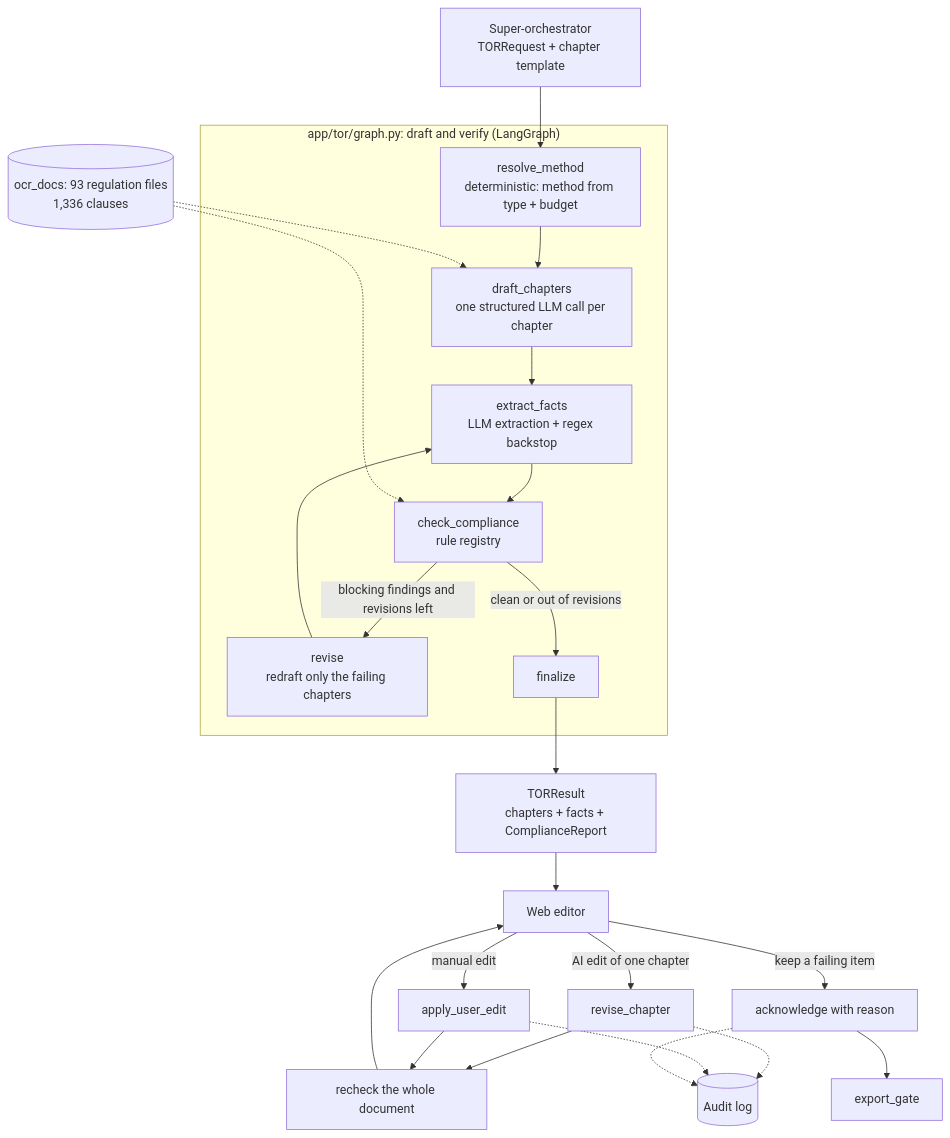
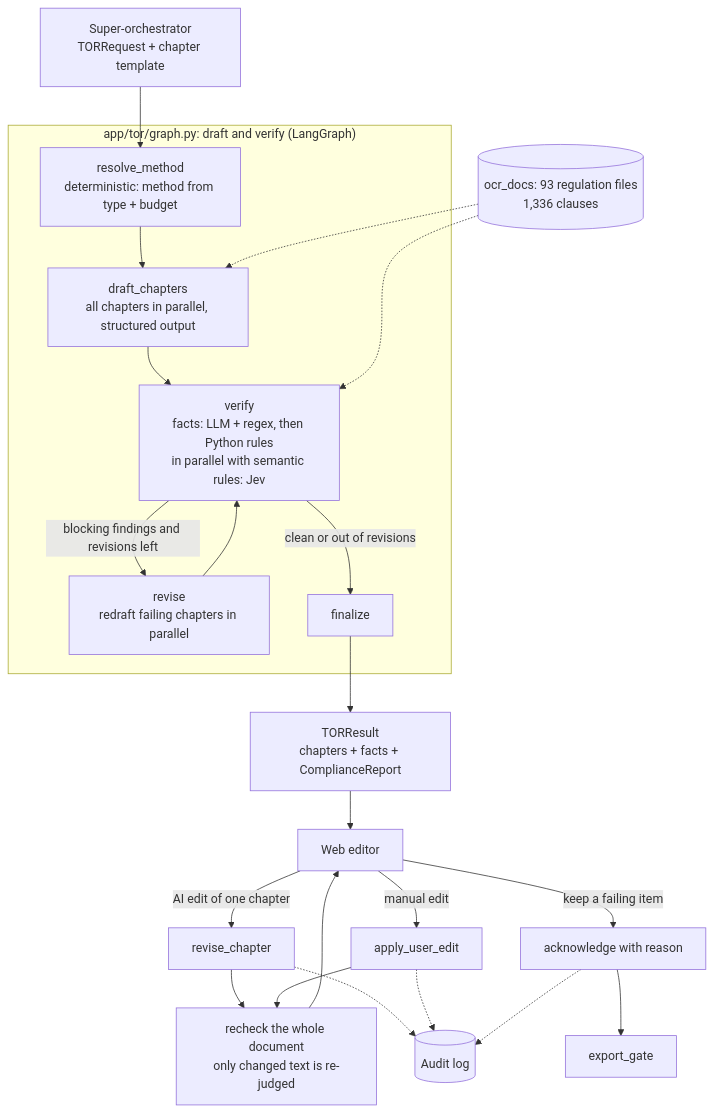
The diagram in README.md (PaweekornS/DraftTOR_Agent), drawn with Mermaid before and after one commit. The commit also changed other lines of this file and 9 other files, not shown here.

First line of the commit message:
Use Jev decision model as the semantic-rule judge

````diff
--- a/README.md
+++ b/README.md
@@ -20,24 +20,23 @@
 ```mermaid
 graph TD
     SO[Super-orchestrator<br/>TORRequest + chapter template] --> RM
 
     subgraph "app/tor/graph.py: draft and verify (LangGraph)"
-        RM[resolve_method<br/>deterministic: method from type + budget] --> DC[draft_chapters<br/>one structured LLM call per chapter]
-        DC --> EF[extract_facts<br/>LLM extraction + regex backstop]
-        EF --> CC[check_compliance<br/>rule registry]
-        CC -->|blocking findings and revisions left| RV[revise<br/>redraft only the failing chapters]
-        RV --> EF
-        CC -->|clean or out of revisions| FN[finalize]
+        RM[resolve_method<br/>deterministic: method from type + budget] --> DC[draft_chapters<br/>all chapters in parallel, structured output]
+        DC --> VF[verify<br/>facts: LLM + regex, then Python rules<br/>in parallel with semantic rules: Jev]
+        VF -->|blocking findings and revisions left| RV[revise<br/>redraft failing chapters in parallel]
+        RV --> VF
+        VF -->|clean or out of revisions| FN[finalize]
     end
 
     FN --> RES[TORResult<br/>chapters + facts + ComplianceReport]
     RES --> UI[Web editor]
     UI -->|AI edit of one chapter| RC[revise_chapter]
     UI -->|manual edit| UE[apply_user_edit]
-    RC & UE --> RCK[recheck the whole document] --> UI
+    RC & UE --> RCK[recheck the whole document<br/>only changed text is re-judged] --> UI
     UI -->|keep a failing item| ACK[acknowledge with reason] --> GATE[export_gate]
     RC & UE & ACK -.-> AUD[(Audit log)]
 
     REG[(ocr_docs: 93 regulation files<br/>1,336 clauses)] -.-> DC
-    REG -.-> CC
+    REG -.-> VF
 ```
````
